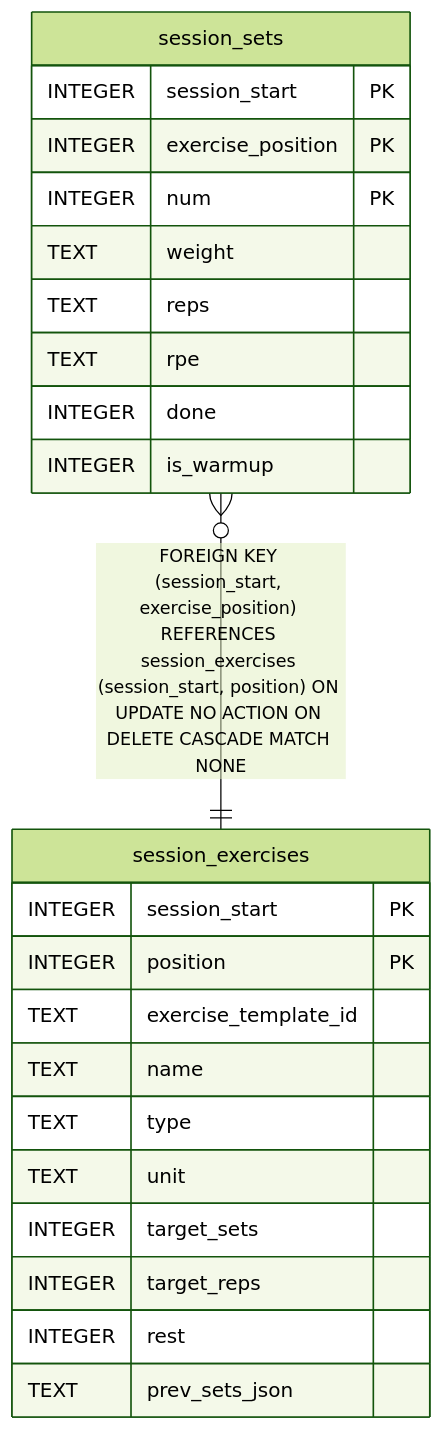
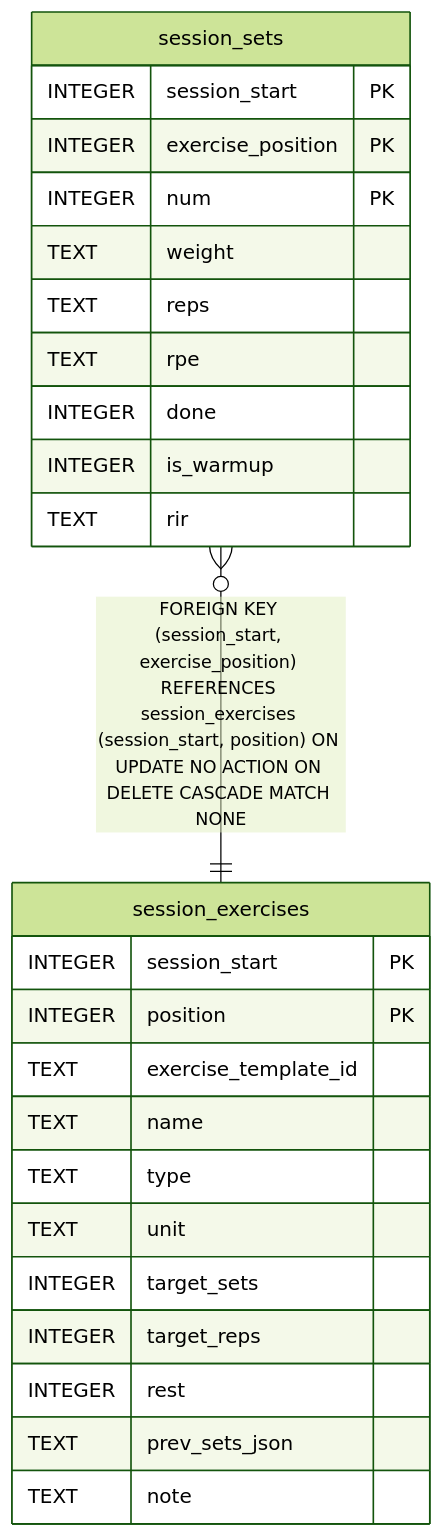
Before and after one commit to wilburwing-art/phase-training2: the diagram in docs/schema/user/session_sets.md, drawn with Mermaid (forest theme). The commit also changed other lines of this file and 11 other files, not shown here.

Commit message:
skills, docs: gap backlog progress, search and UI-test notes, schema docs

````diff
--- a/docs/schema/user/session_sets.md
+++ b/docs/schema/user/session_sets.md
@@ -57,28 +58,30 @@
 ```mermaid
 erDiagram
 
 "session_sets" }o--|| "session_exercises" : "FOREIGN KEY (session_start, exercise_position) REFERENCES session_exercises (session_start, position) ON UPDATE NO ACTION ON DELETE CASCADE MATCH NONE"
 
 "session_sets" {
   INTEGER session_start PK
   INTEGER exercise_position PK
   INTEGER num PK
   TEXT weight
   TEXT reps
   TEXT rpe
   INTEGER done
   INTEGER is_warmup
+  TEXT rir
 }
 "session_exercises" {
   INTEGER session_start PK
   INTEGER position PK
   TEXT exercise_template_id
   TEXT name
   TEXT type
   TEXT unit
   INTEGER target_sets
   INTEGER target_reps
   INTEGER rest
   TEXT prev_sets_json
+  TEXT note
 }
 ```
````
